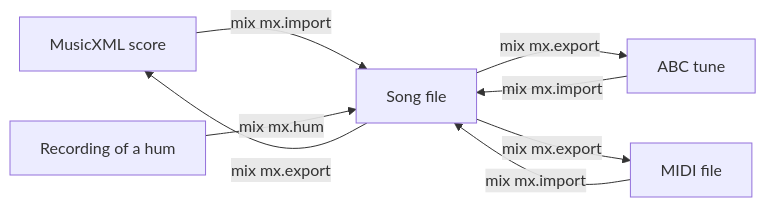
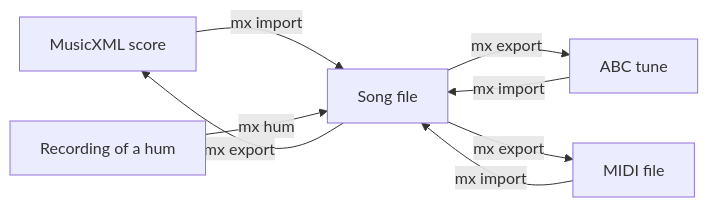
Before and after one commit to mx-music/mx: the diagram in documentation/scores.md, drawn with Mermaid. The commit also changed other lines of this file and 27 other files, not shown here.

````diff
--- a/documentation/scores.md
+++ b/documentation/scores.md
@@ -7,16 +6,16 @@
 ```mermaid
 graph LR
   score["MusicXML score"]
   midi["MIDI file"]
   abc["ABC tune"]
   hum["Recording of a hum"]
   song["Song file"]
 
-  score -->|mix mx.import| song
-  song -->|mix mx.export| score
-  midi -->|mix mx.import| song
-  abc -->|mix mx.import| song
-  song -->|mix mx.export| abc
-  song -->|mix mx.export| midi
-  hum -->|mix mx.hum| song
+  score -->|mx import| song
+  song -->|mx export| score
+  midi -->|mx import| song
+  abc -->|mx import| song
+  song -->|mx export| abc
+  song -->|mx export| midi
+  hum -->|mx hum| song
 ```
````
